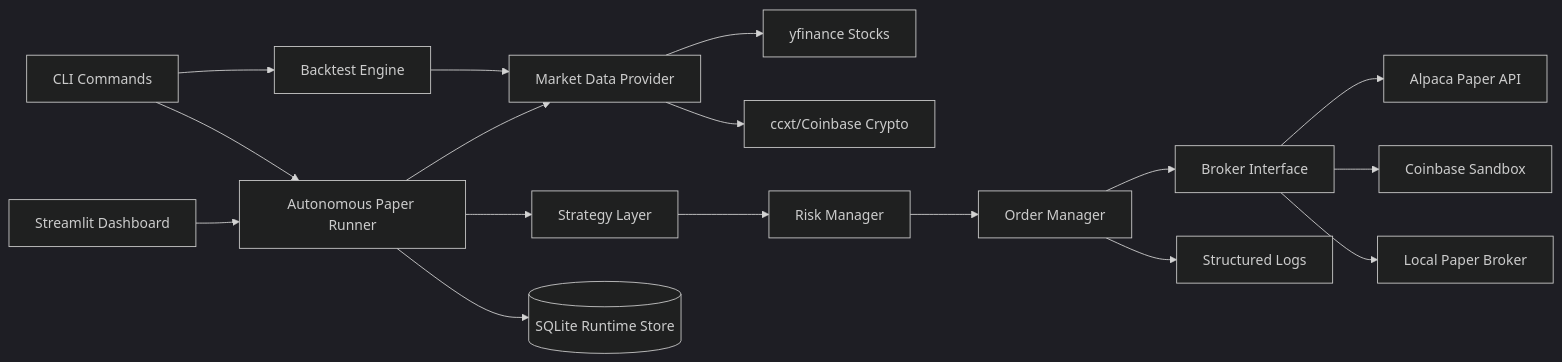
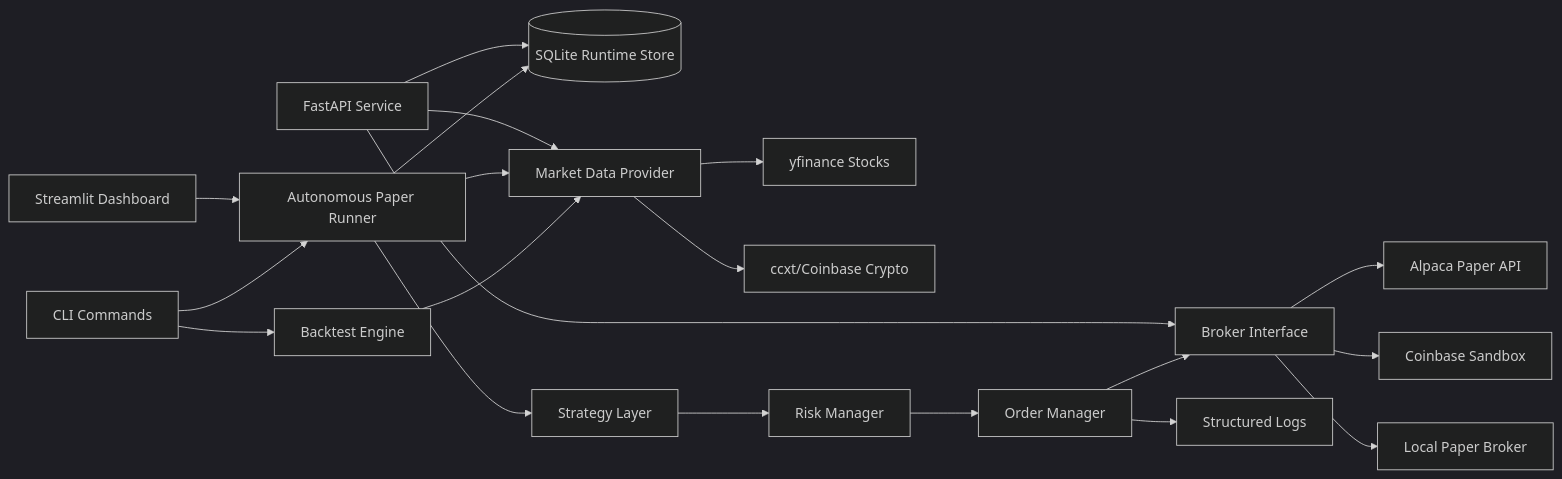
One commit to garybs16/AI_Robot_Trading changed the diagram in docs/ARCHITECTURE.md. Above: the diagram before and after it, drawn with Mermaid (dark theme). The commit also changed other lines of this file and 10 other files, not shown here.

Commit message:
Add FastAPI platform service

````diff
--- a/docs/ARCHITECTURE.md
+++ b/docs/ARCHITECTURE.md
@@ -3,19 +3,22 @@
 ```mermaid
 flowchart LR
     UI[Streamlit Dashboard] --> Runner[Autonomous Paper Runner]
+    API[FastAPI Service] --> Store[(SQLite Runtime Store)]
+    API --> Data[Market Data Provider]
+    API --> Broker[Broker Interface]
     CLI[CLI Commands] --> Runner
     CLI --> Backtest[Backtest Engine]
     Runner --> Data[Market Data Provider]
     Backtest --> Data
     Data --> YF[yfinance Stocks]
     Data --> CCXT[ccxt/Coinbase Crypto]
     Runner --> Strategy[Strategy Layer]
     Strategy --> Risk[Risk Manager]
     Risk --> Orders[Order Manager]
     Orders --> Broker[Broker Interface]
     Broker --> Alpaca[Alpaca Paper API]
     Broker --> Coinbase[Coinbase Sandbox]
     Broker --> Paper[Local Paper Broker]
-    Runner --> Store[(SQLite Runtime Store)]
+    Runner --> Store
     Orders --> Logs[Structured Logs]
 ```
````
